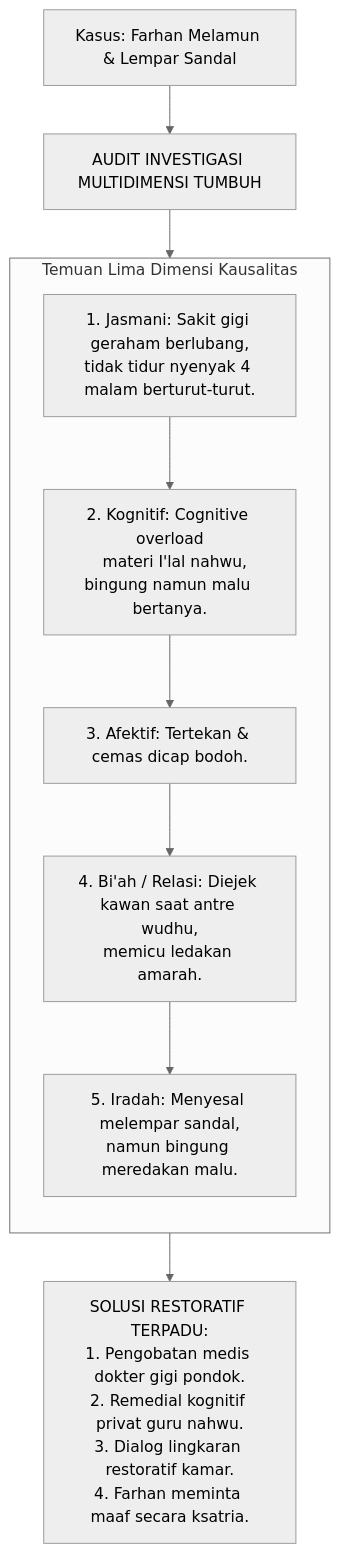
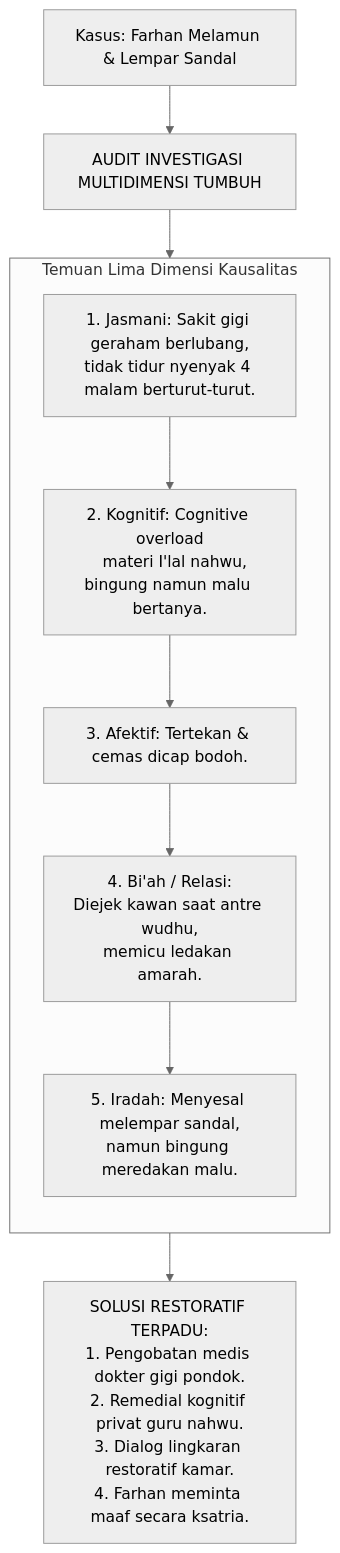
Before and after one commit to wandiapriliyandi/tumbuh: the fifth of 6 diagrams in BOOK Series 1/01-The-Fundamental-of-TUMBUH/Bab-04-Antropologi-Jiwa-Santri-Hakikat-Fitrah-dan-Komponen-Kejiwaan.md, drawn with Mermaid (neutral theme). The commit also changed other lines of this file and 34 other files, not shown here.

Commit message:
fix(book-01): audit menyeluruh 20 bab, perapihan diagram dan sinkronisasi 100% catatan kaki

````diff
--- a/BOOK Series 1/01-The-Fundamental-of-TUMBUH/Bab-04-Antropologi-Jiwa-Santri-Hakikat-Fitrah-dan-Komponen-Kejiwaan.md
+++ b/BOOK Series 1/01-The-Fundamental-of-TUMBUH/Bab-04-Antropologi-Jiwa-Santri-Hakikat-Fitrah-dan-Komponen-Kejiwaan.md
@@ -183,17 +183,17 @@
 ```mermaid
 graph TD
     M["Kasus: Farhan Melamun & Lempar Sandal"] --> U["AUDIT INVESTIGASI MULTIDIMENSI TUMBUH"]
     
     subgraph HASIL_AUDIT["Temuan Lima Dimensi Kausalitas"]
         direction TB
         F1["1. Jasmani: Sakit gigi geraham berlubang,<br/>tidak tidur nyenyak 4 malam berturut-turut."]
         F2["2. Kognitif: Cognitive overload<br/>  materi I'lal nahwu,<br/>bingung namun malu bertanya."]
         F3["3. Afektif: Tertekan & cemas dicap bodoh."]
-        F4["4. Bi'ah / Relasi: Diejek kawan saat antre wudhu,<br/>memicu ledakan amarah."]
+        F4["4. Bi'ah / Relasi:<br/>Diejek kawan saat antre wudhu,<br/>memicu ledakan amarah."]
         F5["5. Iradah: Menyesal melempar sandal,<br/>namun bingung meredakan malu."]
         F1 --> F2 --> F3 --> F4 --> F5
     end
 
     U --> HASIL_AUDIT
     HASIL_AUDIT --> SOL["SOLUSI RESTORATIF TERPADU:<br/>1. Pengobatan medis dokter gigi pondok.<br/>2. Remedial kognitif privat guru nahwu.<br/>3. Dialog lingkaran restoratif kamar.<br/>4. Farhan meminta maaf secara ksatria."]
 ```
````
